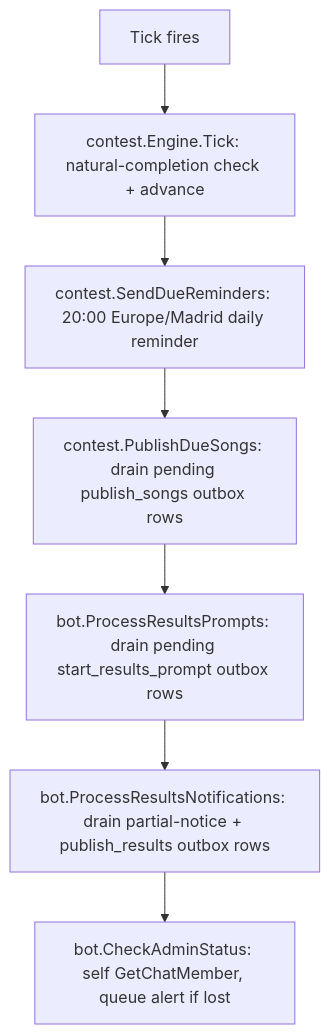
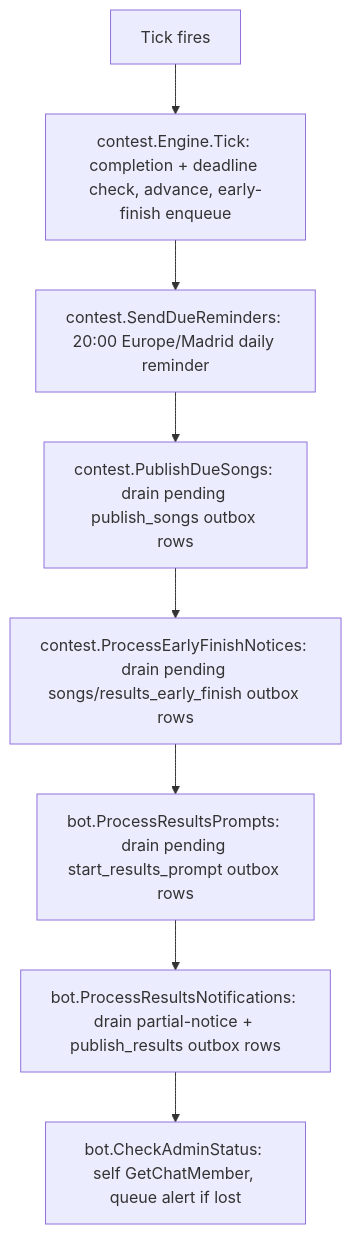
One commit to cristianat98/Music-Contest-Telegram changed the second of 4 diagrams in docs/flows.md. Above: the diagram before and after it, drawn with Mermaid. The commit also changed other lines of this file and 1 other file, not shown here.

First line of the commit message:
docs: sync flows and uml with phase-deadline gating

````diff
--- a/docs/flows.md
+++ b/docs/flows.md
@@ -32,9 +32,10 @@
 ```mermaid
 flowchart TB
-  Tick[Tick fires] --> Lifecycle[contest.Engine.Tick: natural-completion check + advance]
+  Tick[Tick fires] --> Lifecycle[contest.Engine.Tick: completion + deadline check, advance, early-finish enqueue]
   Lifecycle --> Reminders[contest.SendDueReminders: 20:00 Europe/Madrid daily reminder]
   Reminders --> PublishSongs[contest.PublishDueSongs: drain pending publish_songs outbox rows]
-  PublishSongs --> ResultsPrompts[bot.ProcessResultsPrompts: drain pending start_results_prompt outbox rows]
+  PublishSongs --> EarlyFinish[contest.ProcessEarlyFinishNotices: drain pending songs/results_early_finish outbox rows]
+  EarlyFinish --> ResultsPrompts[bot.ProcessResultsPrompts: drain pending start_results_prompt outbox rows]
   ResultsPrompts --> ResultsNotify[bot.ProcessResultsNotifications: drain partial-notice + publish_results outbox rows]
   ResultsNotify --> AdminCheck[bot.CheckAdminStatus: self GetChatMember, queue alert if lost]
 ```
````
